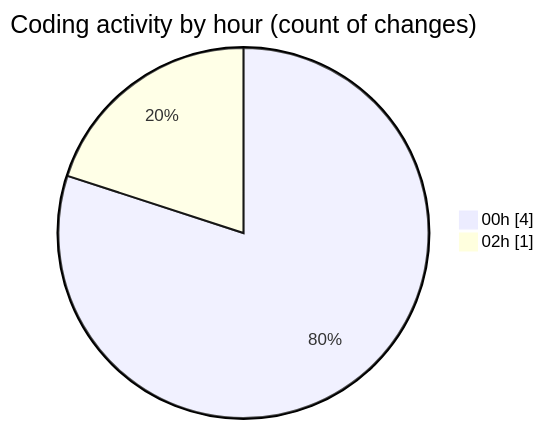
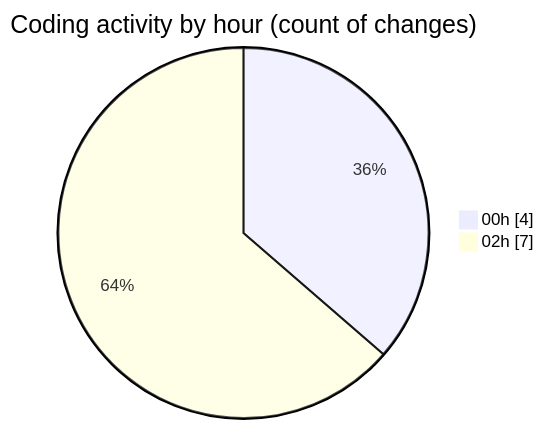
Before and after one commit to EIIisD/code-tracking: the second of 2 diagrams in 2025-07-24/_claude/README.md, drawn with Mermaid. The commit also changed other lines of this file and 1 other file, not shown here.

````diff
--- a/2025-07-24/_claude/README.md
+++ b/2025-07-24/_claude/README.md
@@ -28,6 +28,6 @@
 ```mermaid
 pie showData
 title Coding activity by hour (count of changes)
 "00h" : 4
-"02h" : 1
+"02h" : 7
 ```
````
